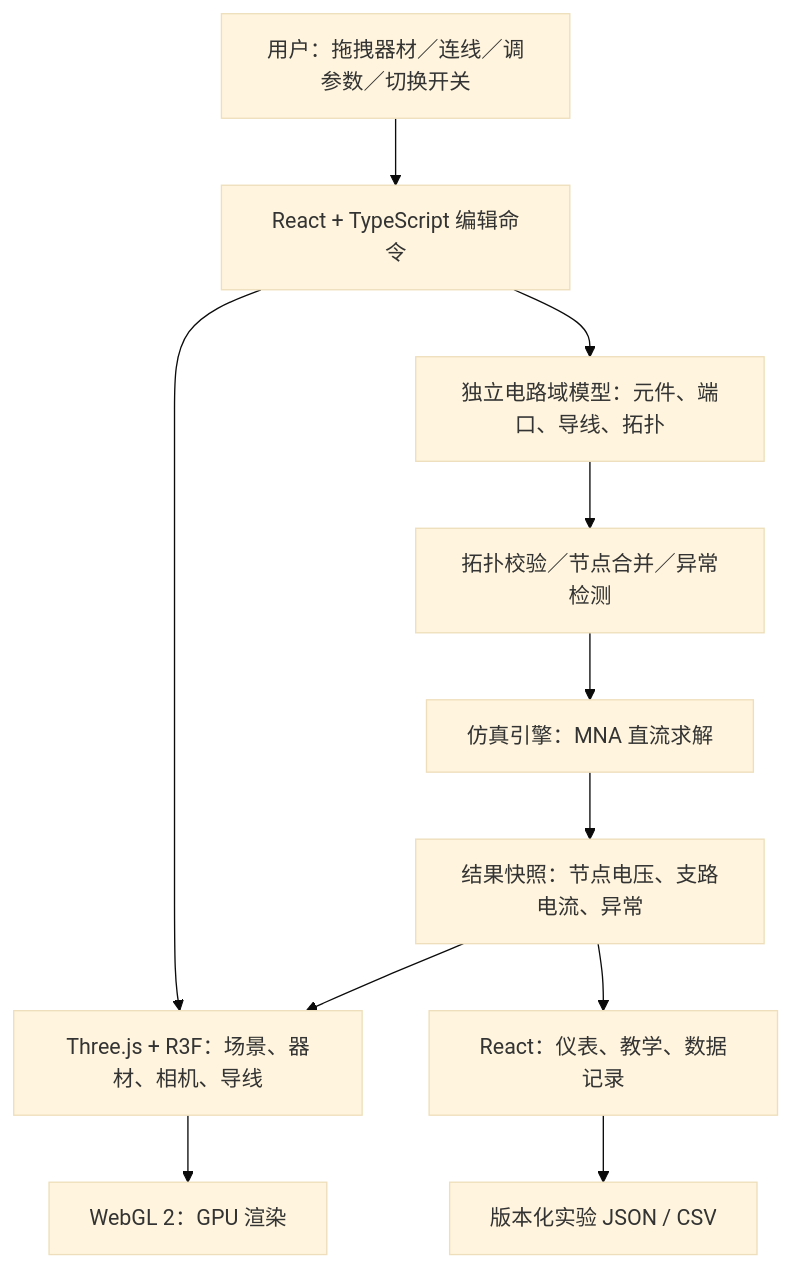
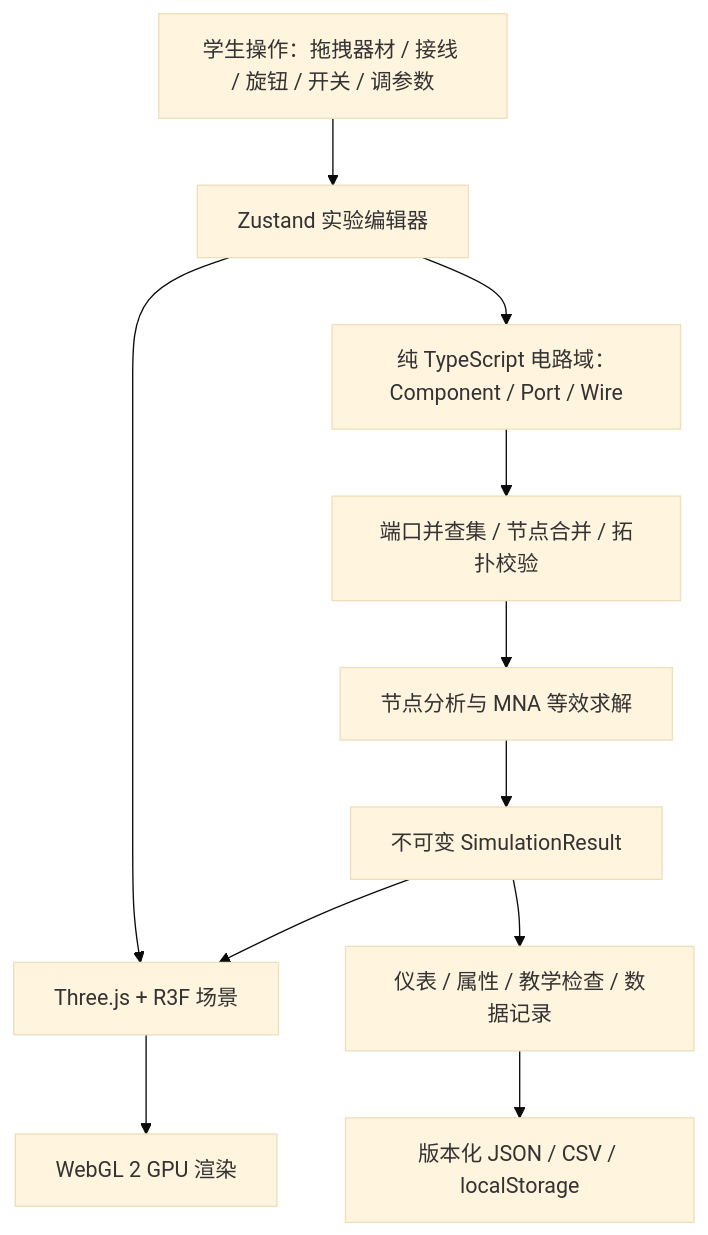
Before and after one commit to JmCake/CircuitLab-3D: the diagram in docs/ARCHITECTURE.md, drawn with Mermaid (base theme). The commit also changed other lines of this file and 20 other files, not shown here.

````diff
--- a/docs/ARCHITECTURE.md
+++ b/docs/ARCHITECTURE.md
@@ -9,13 +7,13 @@
-~~~mermaid
+```mermaid
 flowchart TD
-    U[用户：拖拽器材／连线／调参数／切换开关] --> CMD[React + TypeScript 编辑命令]
-    CMD --> DOMAIN[独立电路域模型：元件、端口、导线、拓扑]
-    CMD --> VIEW[Three.js + R3F：场景、器材、相机、导线]
-    VIEW --> GL[WebGL 2：GPU 渲染]
-    DOMAIN --> VAL[拓扑校验／节点合并／异常检测]
-    VAL --> MNA[仿真引擎：MNA 直流求解]
-    MNA --> RESULT[结果快照：节点电压、支路电流、异常]
-    RESULT --> VIEW
-    RESULT --> UI[React：仪表、教学、数据记录]
-    UI --> SAVE[版本化实验 JSON / CSV]
-~~~
+    U[学生操作：拖拽器材 / 接线 / 旋钮 / 开关 / 调参数] --> CMD[Zustand 实验编辑器]
+    CMD --> DOMAIN[纯 TypeScript 电路域：Component / Port / Wire]
+    CMD --> SCENE[Three.js + R3F 场景]
+    DOMAIN --> TOPO[端口并查集 / 节点合并 / 拓扑校验]
+    TOPO --> MNA[节点分析与 MNA 等效求解]
+    MNA --> RESULT[不可变 SimulationResult]
+    RESULT --> SCENE
+    RESULT --> UI[仪表 / 属性 / 教学检查 / 数据记录]
+    UI --> SAVE[版本化 JSON / CSV / localStorage]
+    SCENE --> WEBGL2[WebGL 2 GPU 渲染]
+```
````
